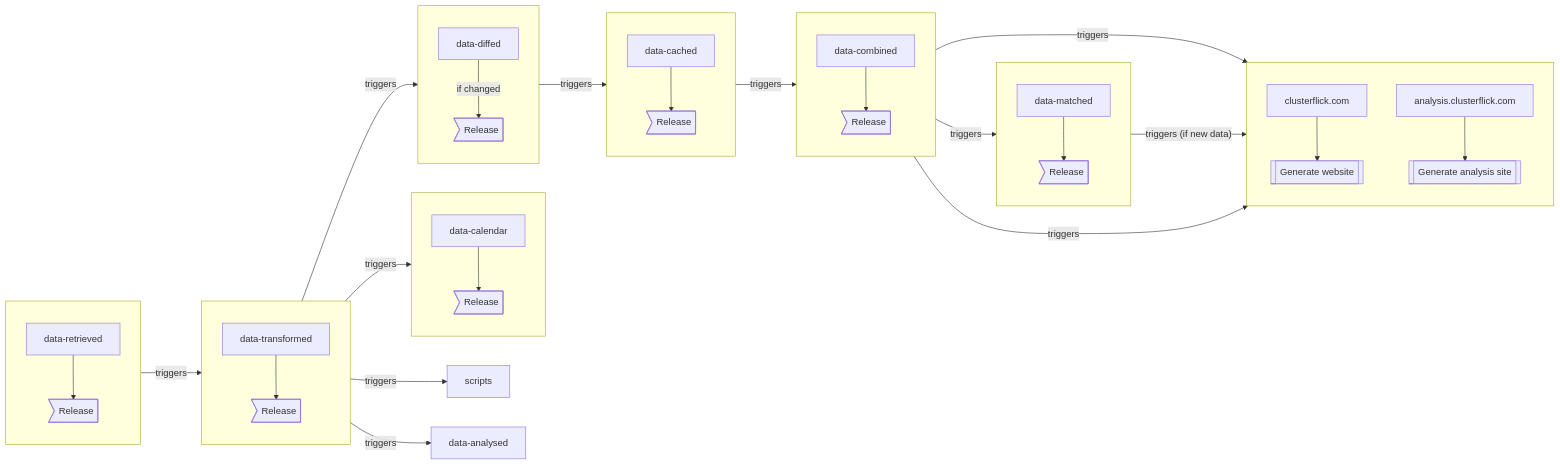
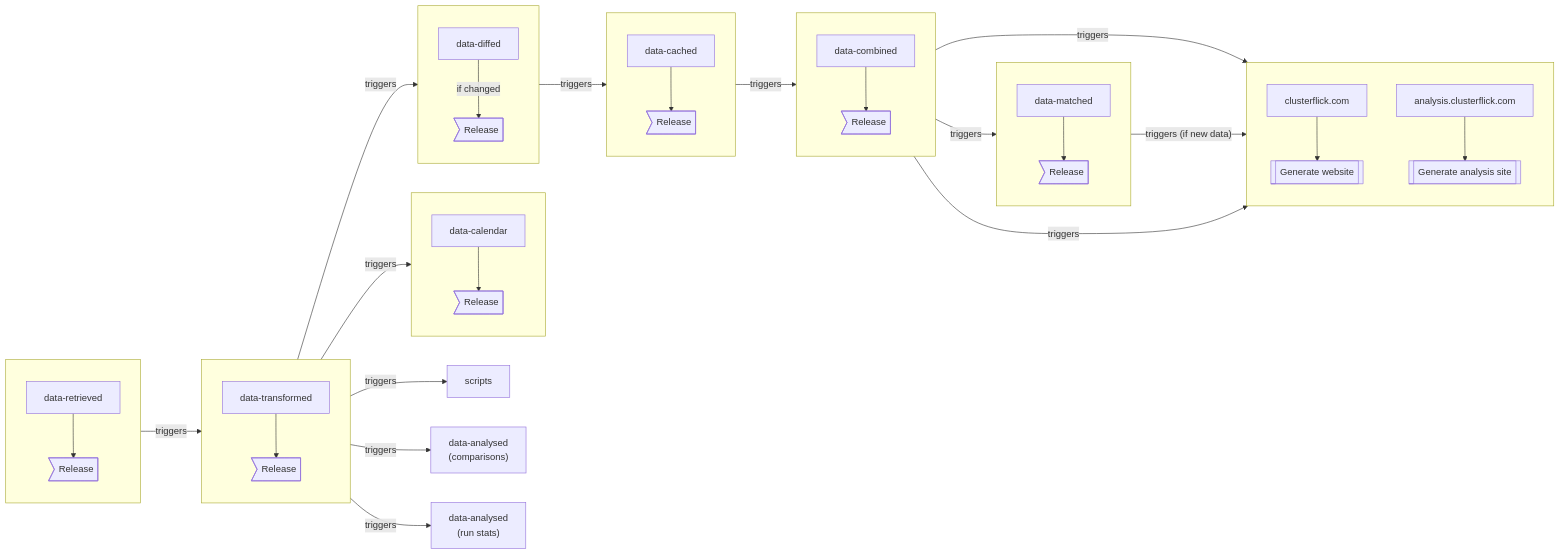
One commit to clusterflick/.github changed the diagram in profile/README.md. Above: the diagram before and after it, drawn with Mermaid. The commit also changed other lines of this file, not shown here.

Commit message:
Add new badges with pipeline stats

````diff
--- a/profile/README.md
+++ b/profile/README.md
@@ -27,66 +31,68 @@
 ```mermaid
 flowchart LR
     retrieved["data-retrieved"]
     transformed["data-transformed"]
     calendar["data-calendar"]
     cached["data-cached"]
     diffed["data-diffed"]
     combined["data-combined"]
     matched["data-matched"]
     scripts["scripts"]
-    analysed["data-analysed"]
+    analysed["data-analysed<br>(comparisons)"]
+    runstats["data-analysed<br>(run stats)"]
 
     subgraph retrival[" "]
         direction TB
         retrieved --> retrival-release>Release]
     end
 
     subgraph transformation[" "]
         direction TB
         transformed --> transformation-release>Release]
     end
 
     subgraph calendars[" "]
         direction TB
         calendar --> calendar-release>Release]
     end
 
     subgraph caching[" "]
         direction TB
         cached --> cached-release>Release]
     end
 
     subgraph diffing[" "]
         direction TB
         diffed --"if changed"--> diffed-release>Release]
     end
 
     subgraph combination[" "]
         direction TB
         combined --> combined-release>Release]
     end
 
     subgraph matching[" "]
         direction TB
         matched --> matched-release>Release]
     end
 
     subgraph website[" "]
         direction TB
         clusterflick.com --> id1[[Generate website]]
         analysis["analysis.clusterflick.com"] --> id2[[Generate analysis site]]
     end
 
     retrival --triggers--> transformation
     transformation --triggers--> calendars
     transformation --triggers--> diffing
     transformation --triggers--> scripts
     transformation --triggers--> analysed
+    transformation --triggers--> runstats
     diffing --triggers--> caching
     caching --triggers--> combination
     combination --triggers--> matching
     combination --triggers--> website
     matching --"triggers (if new data)"--> website
     combination --triggers--> analysis
 
 ```
````
